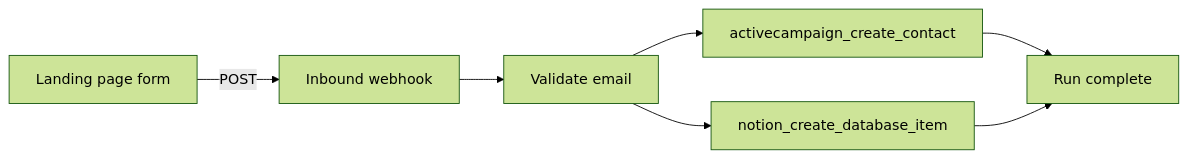
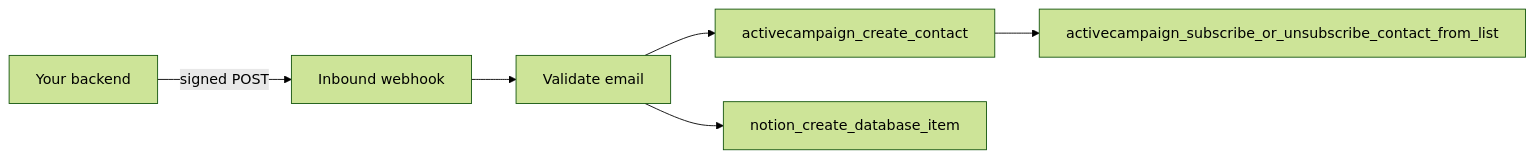
The diagram in guides/lead-sync-activecampaign-notion.mdx (agentruntime-io/agentruntime-docs), drawn with Mermaid (forest theme) before and after one commit. The commit also changed other lines of this file and 180 other files, not shown here.

````diff
--- a/guides/lead-sync-activecampaign-notion.mdx
+++ b/guides/lead-sync-activecampaign-notion.mdx
@@ -10,9 +10,8 @@
 ```mermaid
 flowchart LR
-  Form[Landing page form] -->|POST| WH[Inbound webhook]
+  Form[Your backend] -->|signed POST| WH[Inbound webhook]
   WH --> Validate[Validate email]
   Validate --> AC[activecampaign_create_contact]
   Validate --> Notion[notion_create_database_item]
-  AC --> Done[Run complete]
-  Notion --> Done
+  AC --> List[activecampaign_subscribe_or_unsubscribe_contact_from_list]
 ```
````
